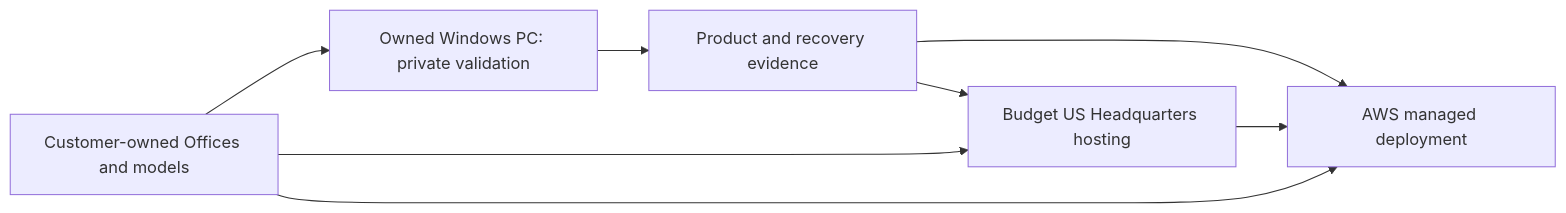
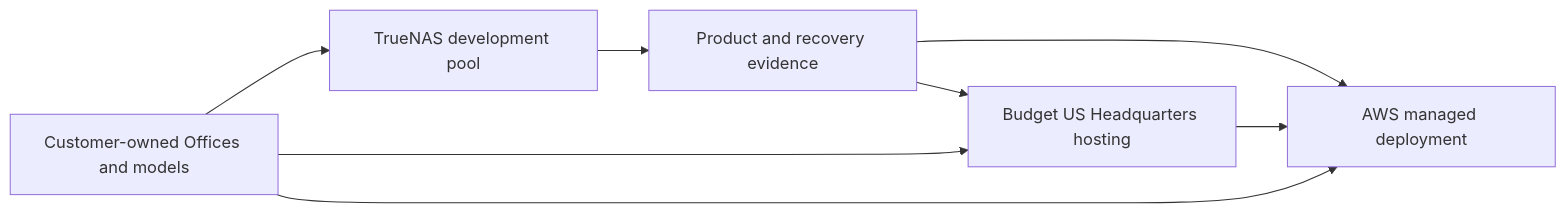
Before and after one commit to CrosswiredStudios/C-Sweet: the first of 2 diagrams in docs/features/hosted-platform/08-hosting-and-migration.md, drawn with Mermaid. The commit also changed other lines of this file and 126 other files, not shown here.

````diff
--- a/docs/features/hosted-platform/08-hosting-and-migration.md
+++ b/docs/features/hosted-platform/08-hosting-and-migration.md
@@ -18,10 +18,10 @@
 ```mermaid
 flowchart LR
-    Owned["Owned Windows PC: private validation"] --> Gate["Product and recovery evidence"]
+    Owned["TrueNAS development pool"] --> Gate["Product and recovery evidence"]
     Gate --> Budget["Budget US Headquarters hosting"]
     Gate --> AWS["AWS managed deployment"]
     Budget --> AWS
     BYO["Customer-owned Offices and models"] --> Owned
     BYO --> Budget
     BYO --> AWS
 ```
````
